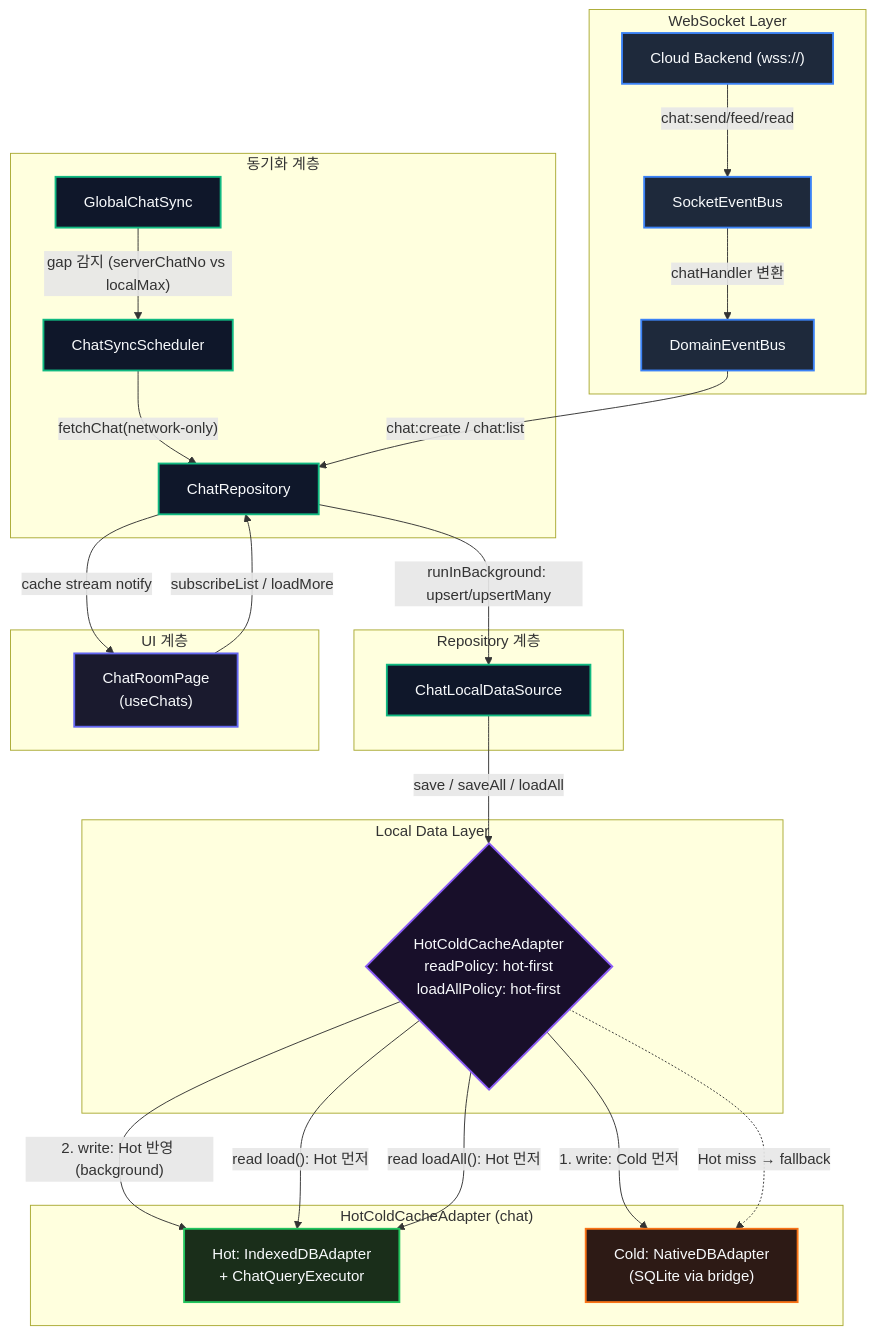
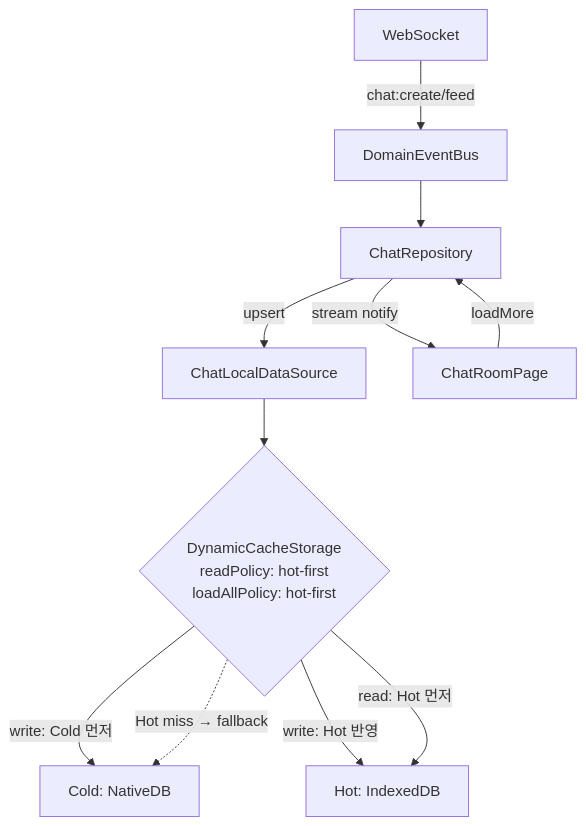
One commit to lemoncloud-io/dou-app changed the fifth of 9 diagrams in docs/specs/cache/hot-cold-cache-strategy.md. Above: the diagram before and after it, drawn with Mermaid. The commit also changed other lines of this file, not shown here.

Commit message:
docs(cache): update hot-cold spec with DynamicCacheStorage naming and mermaid diagrams

````diff
--- a/docs/specs/cache/hot-cold-cache-strategy.md
+++ b/docs/specs/cache/hot-cold-cache-strategy.md
@@ -249,60 +232,13 @@
 ```mermaid
 flowchart TD
-    classDef ws fill:#1e293b,stroke:#3b82f6,stroke-width:2px,color:#f8fafc
-    classDef repo fill:#0f172a,stroke:#10b981,stroke-width:2px,color:#f8fafc
-    classDef hotcold fill:#180f2a,stroke:#8b5cf6,stroke-width:2px,color:#f8fafc
-    classDef hot fill:#1a2e1a,stroke:#22c55e,stroke-width:2px,color:#f8fafc
-    classDef cold fill:#2d1a15,stroke:#f97316,stroke-width:2px,color:#f8fafc
-    classDef ui fill:#1a1a2e,stroke:#6366f1,stroke-width:2px,color:#f8fafc
-
-    subgraph WebSocket ["WebSocket Layer"]
-        WS["Cloud Backend (wss://)"]
-        SEB["SocketEventBus"]
-        DEB["DomainEventBus"]
-        WS -->|"chat:send/feed/read"| SEB
-        SEB -->|"chatHandler 변환"| DEB
-    end
-
-    subgraph Sync ["동기화 계층"]
-        GCS["GlobalChatSync"]
-        CSS["ChatSyncScheduler"]
-        GCS -->|"gap 감지 (serverChatNo vs localMax)"| CSS
-        CSS -->|"fetchChat(network-only)"| REPO
-    end
-
-    subgraph Repository ["Repository 계층"]
-        REPO["ChatRepository"]
-        DEB -->|"chat:create / chat:list"| REPO
-        REPO -->|"runInBackground: upsert/upsertMany"| LDS
-    end
-
-    subgraph LocalData ["Local Data Layer"]
-        LDS["ChatLocalDataSource"]
-        LDS -->|"save / saveAll / loadAll"| HC
-    end
-
-    subgraph HotCold ["HotColdCacheAdapter (chat)"]
-        HC{"HotColdCacheAdapter\nreadPolicy: hot-first\nloadAllPolicy: hot-first"}
-        HOT["Hot: IndexedDBAdapter\n+ ChatQueryExecutor"]
-        COLD["Cold: NativeDBAdapter\n(SQLite via bridge)"]
-        HC -->|"1. write: Cold 먼저"| COLD
-        HC -->|"2. write: Hot 반영 (background)"| HOT
-        HC -->|"read load(): Hot 먼저"| HOT
-        HC -->|"read loadAll(): Hot 먼저"| HOT
-        HC -.->|"Hot miss → fallback"| COLD
-    end
-
-    subgraph UI ["UI 계층"]
-        CRP["ChatRoomPage\n(useChats)"]
-        CRP -->|"subscribeList / loadMore"| REPO
-        REPO -->|"cache stream notify"| CRP
-    end
-
-    class WS,SEB,DEB ws
-    class GCS,CSS repo
-    class REPO,LDS repo
-    class HC hotcold
-    class HOT hot
-    class COLD cold
-    class CRP ui
+    WS["WebSocket"] -->|"chat:create/feed"| DEB["DomainEventBus"]
+    DEB --> CR["ChatRepository"]
+    CR -->|"upsert"| LDS["ChatLocalDataSource"]
+    LDS --> DC{"DynamicCacheStorage\nreadPolicy: hot-first\nloadAllPolicy: hot-first"}
+    DC -->|"write: Cold 먼저"| COLD["Cold: NativeDB"]
+    DC -->|"write: Hot 반영"| HOT["Hot: IndexedDB"]
+    DC -->|"read: Hot 먼저"| HOT
+    DC -.->|"Hot miss → fallback"| COLD
+    UI["ChatRoomPage"] -->|"loadMore"| CR
+    CR -->|"stream notify"| UI
 ```
````
